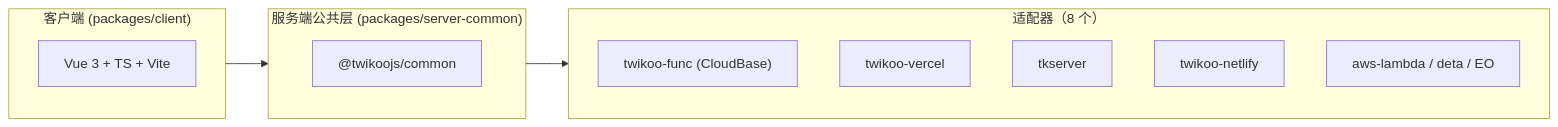
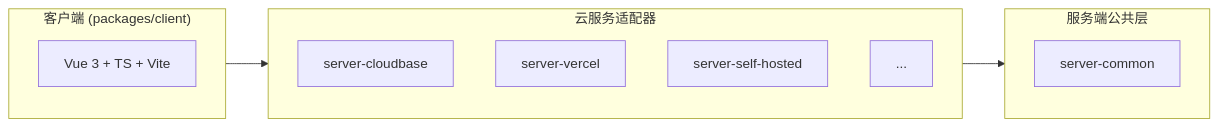
The diagram in AGENTS.md (twikoojs/twikoo), drawn with Mermaid before and after one commit. The commit also changed other lines of this file and 1 other file, not shown here.

Commit message:
fix: refine comment

````diff
--- a/AGENTS.md
+++ b/AGENTS.md
@@ -68,20 +68,19 @@
 ```mermaid
 flowchart LR
   subgraph Client["客户端 (packages/client)"]
-    CUI["Vue 3 + TS + Vite"]
+    C1["Vue 3 + TS + Vite"]
   end
 
-  subgraph Common["服务端公共层 (packages/server-common)"]
-    SPKG["@twikoojs/common"]
+  subgraph Adapters["云服务适配器"]
+    A1["server-cloudbase"]
+    A2["server-vercel"]
+    A3["server-self-hosted"]
+    AMORE["..."]
   end
 
-  subgraph Adapters["适配器（8 个）"]
-    AFUNC["twikoo-func (CloudBase)"]
-    AVERCEL["twikoo-vercel"]
-    ATK["tkserver"]
-    ANET["twikoo-netlify"]
-    AOTHER["aws-lambda / deta / EO"]
+  subgraph Common["服务端公共层"]
+    S1["server-common"]
   end
 
-  Client --> Common --> Adapters
+  Client --> Adapters --> Common
 ```
````
